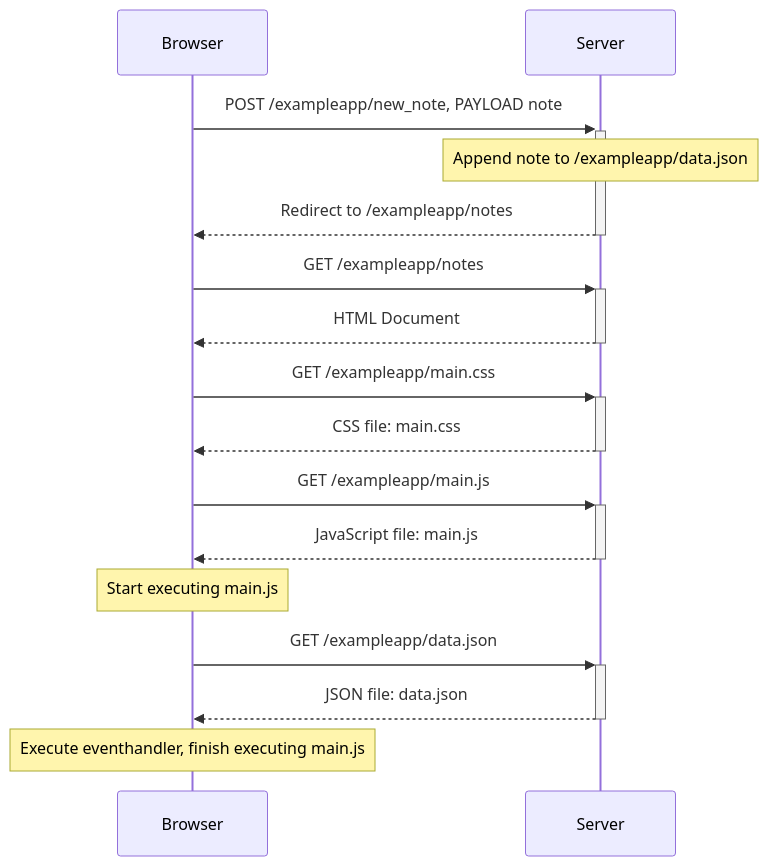
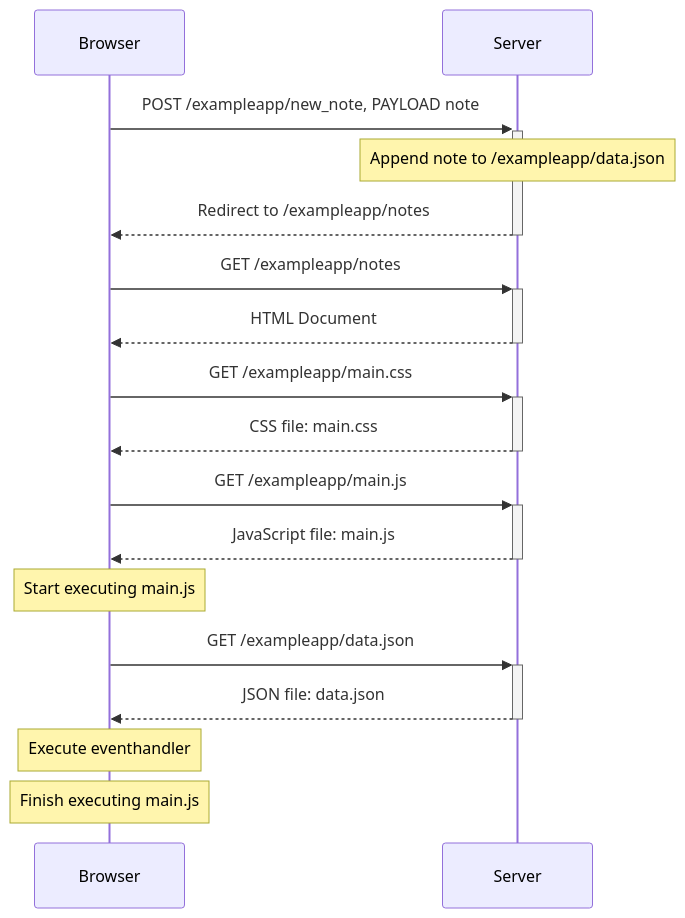
Before and after one commit to eemeli3/fullstack_tehtavat: the diagram in osa0/osa0_tehtavat.md, drawn with Mermaid.

````diff
--- a/osa0/osa0_tehtavat.md
+++ b/osa0/osa0_tehtavat.md
@@ -1,18 +1,19 @@
 ```mermaid
 sequenceDiagram;
     participant A as Browser;
     participant B as Server;
     A->>+B: POST /exampleapp/new_note, PAYLOAD note;
     Note over B: Append note to /exampleapp/data.json
     B-->>-A: Redirect to /exampleapp/notes;
     A->>+B: GET /exampleapp/notes
     B-->>-A: HTML Document
     A->>+B: GET /exampleapp/main.css
     B-->>-A: CSS file: main.css
     A->>+B: GET /exampleapp/main.js
     B-->>-A: JavaScript file: main.js
     Note over A: Start executing main.js
     A->>+B: GET /exampleapp/data.json
     B-->>-A: JSON file: data.json
-    Note over A: Execute eventhandler, finish executing main.js
+    Note over A: Execute eventhandler
+    Note over A: Finish executing main.js
 ```
````
